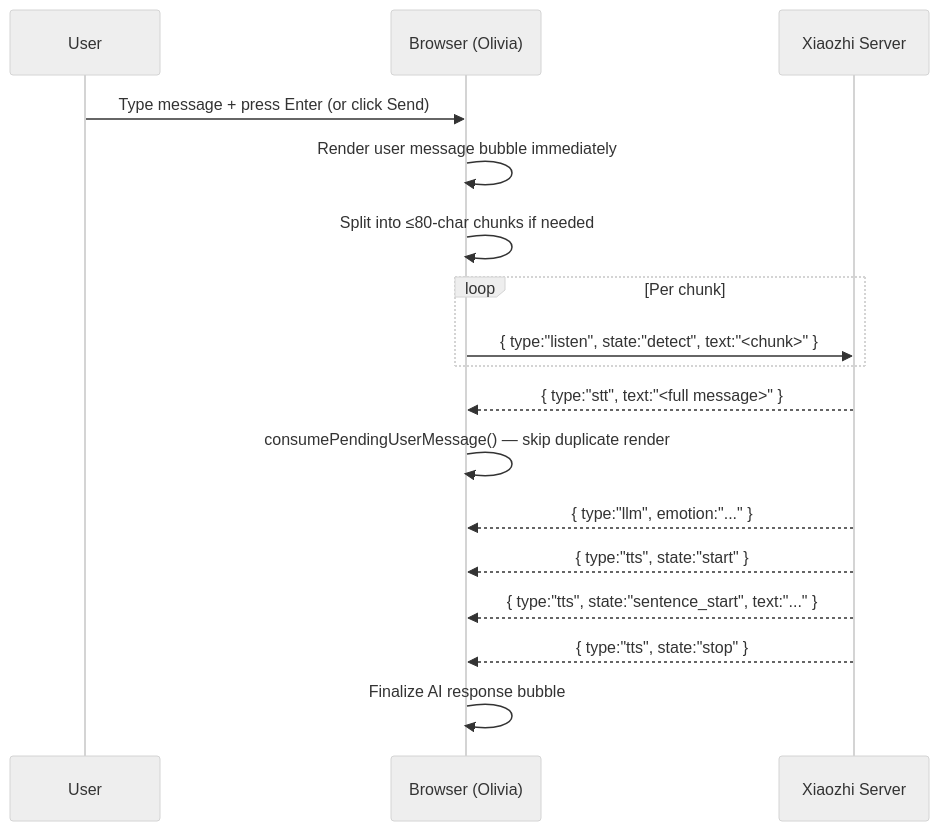
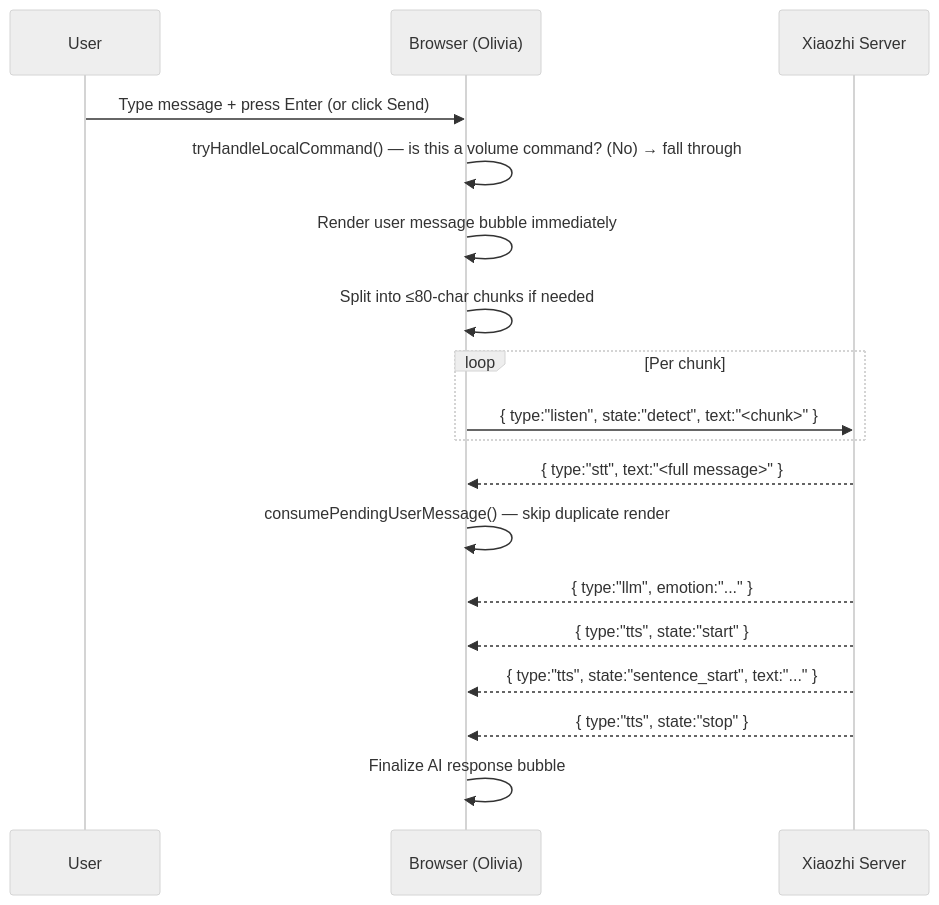
One commit to roalfb/olivia-ai changed the fourth of 7 diagrams in README.md. Above: the diagram before and after it, drawn with Mermaid (neutral theme). The commit also changed other lines of this file and 10 other files, not shown here.

````diff
--- a/README.md
+++ b/README.md
@@ -917,20 +1219,21 @@
 ```mermaid
 sequenceDiagram
     participant U as User
     participant B as Browser (Olivia)
     participant X as Xiaozhi Server
 
     U->>B: Type message + press Enter (or click Send)
+    B->>B: tryHandleLocalCommand() — is this a volume command? (No) → fall through
     B->>B: Render user message bubble immediately
     B->>B: Split into ≤80-char chunks if needed
     loop Per chunk
         B->>X: { type:"listen", state:"detect", text:"<chunk>" }
     end
     X-->>B: { type:"stt", text:"<full message>" }
     B->>B: consumePendingUserMessage() — skip duplicate render
     X-->>B: { type:"llm", emotion:"..." }
     X-->>B: { type:"tts", state:"start" }
     X-->>B: { type:"tts", state:"sentence_start", text:"..." }
     X-->>B: { type:"tts", state:"stop" }
     B->>B: Finalize AI response bubble
 ```
````
